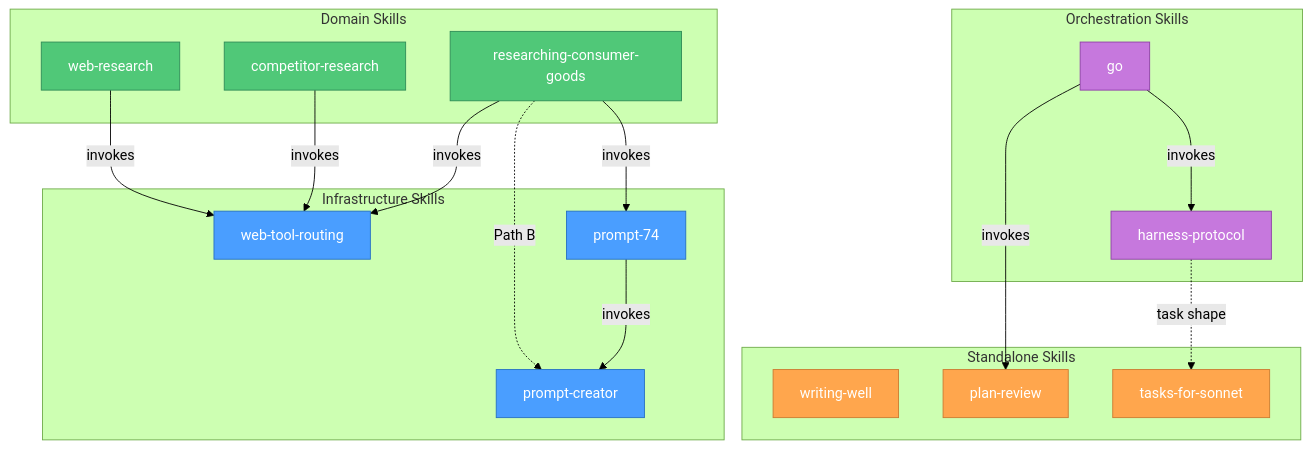
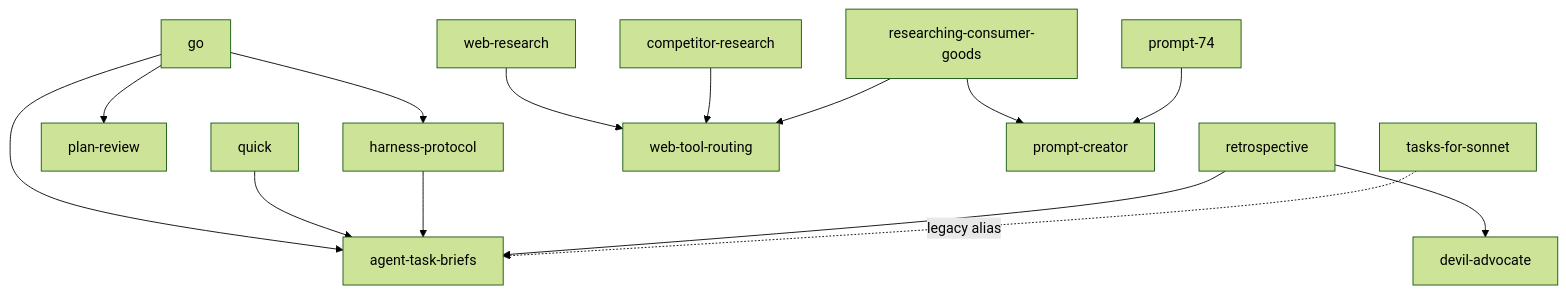
The diagram in README.md (yanchuk/skill-arsenal), drawn with Mermaid (forest theme) before and after one commit. The commit also changed other lines of this file and 48 other files, not shown here.

Commit message:
feat: make skills agent agnostic

````diff
--- a/README.md
+++ b/README.md
@@ -46,55 +49,18 @@
 ```mermaid
 graph TB
-    subgraph Orchestration["Orchestration Skills"]
-        GO["go"]
-        HP["harness-protocol"]
-    end
+    GO["go"] --> HP["harness-protocol"]
+    GO --> PR["plan-review"]
+    GO --> ATB["agent-task-briefs"]
+    Q["quick"] --> ATB
+    HP --> ATB
+    R["retrospective"] --> DA["devil-advocate"]
+    R --> ATB
 
-    subgraph Standalone["Standalone Skills"]
-        WW["writing-well"]
-        PR["plan-review"]
-        TFS["tasks-for-sonnet"]
-    end
+    WR["web-research"] --> WTR["web-tool-routing"]
+    CR["competitor-research"] --> WTR
+    RCG["researching-consumer-goods"] --> WTR
+    RCG --> PC["prompt-creator"]
+    P74["prompt-74"] --> PC
 
-    subgraph Domain["Domain Skills"]
-        WR["web-research"]
-        CR["competitor-research"]
-        RCG["researching-consumer-goods"]
-    end
-
-    subgraph Infrastructure["Infrastructure Skills"]
-        WTR["web-tool-routing"]
-        PC["prompt-creator"]
-        P74["prompt-74"]
-    end
-
-    %% Orchestration → other skills
-    GO -->|"invokes"| HP
-    GO -->|"invokes"| PR
-
-    %% Orchestration → task-shape (Sonnet handoff)
-    HP -.->|"task shape"| TFS
-
-    %% Domain → Infrastructure invocations
-    WR -->|"invokes"| WTR
-    CR -->|"invokes"| WTR
-    RCG -->|"invokes"| WTR
-    RCG -.->|"Path B"| PC
-    RCG -->|"invokes"| P74
-
-    %% Infrastructure → Infrastructure
-    P74 -->|"invokes"| PC
-
-    %% Styling
-    style WTR fill:#4a9eff,stroke:#2670c2,color:#fff
-    style PC fill:#4a9eff,stroke:#2670c2,color:#fff
-    style P74 fill:#4a9eff,stroke:#2670c2,color:#fff
-    style WR fill:#50c878,stroke:#2e8b57,color:#fff
-    style CR fill:#50c878,stroke:#2e8b57,color:#fff
-    style RCG fill:#50c878,stroke:#2e8b57,color:#fff
-    style WW fill:#ffa64d,stroke:#cc7a30,color:#fff
-    style PR fill:#ffa64d,stroke:#cc7a30,color:#fff
-    style TFS fill:#ffa64d,stroke:#cc7a30,color:#fff
-    style GO fill:#c678dd,stroke:#8e3da8,color:#fff
-    style HP fill:#c678dd,stroke:#8e3da8,color:#fff
+    TFS["tasks-for-sonnet"] -.->|"legacy alias"| ATB
 ```
````
